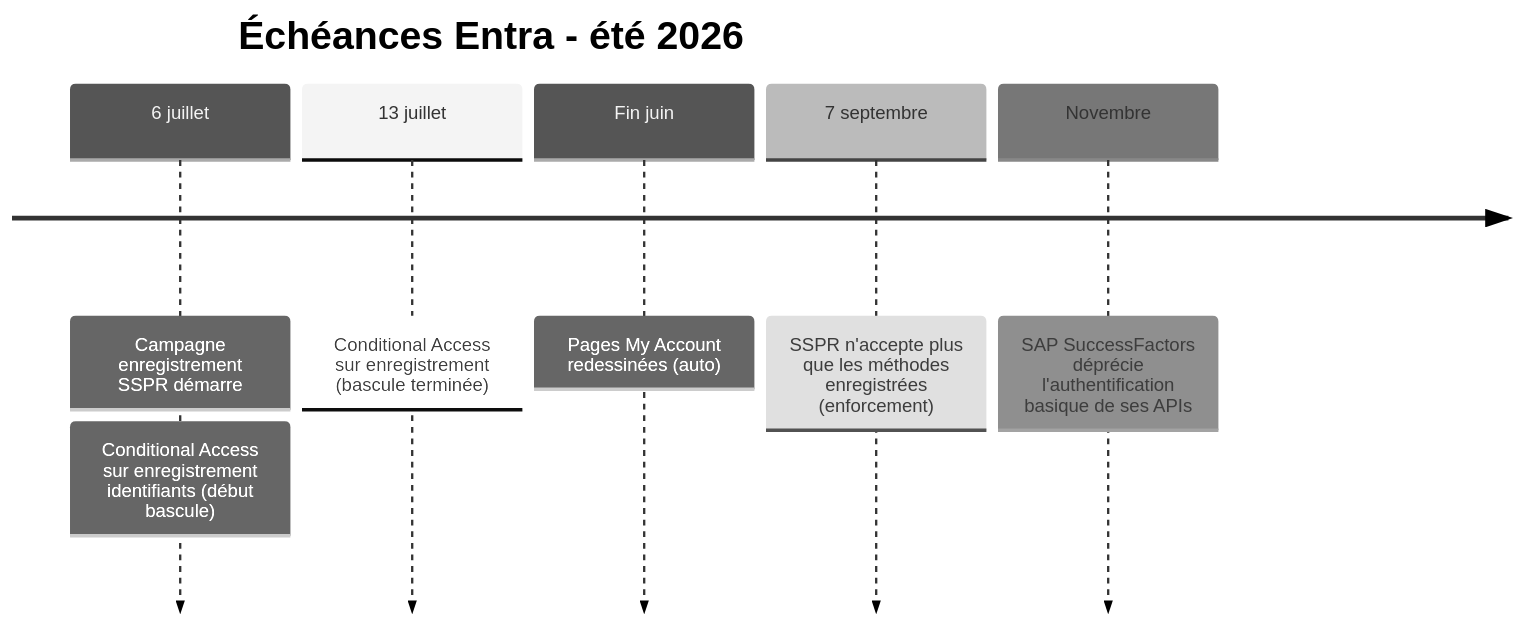
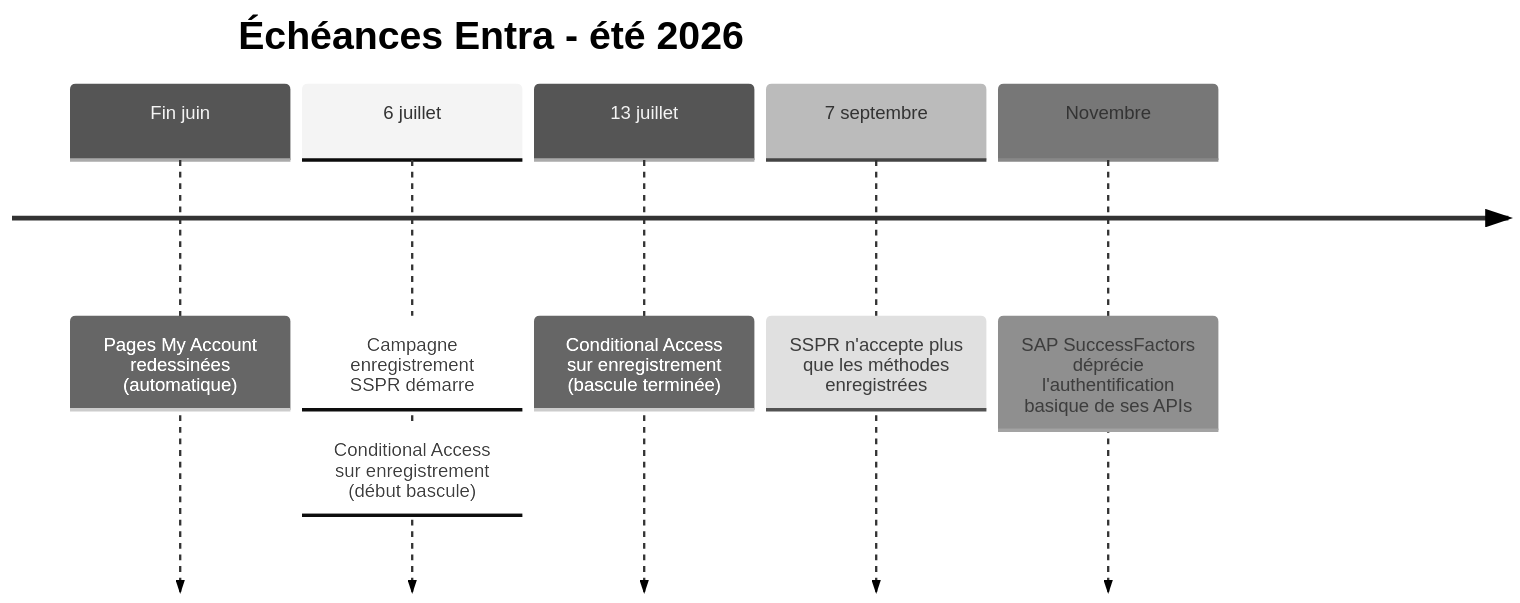
The diagram in _posts/2026/2026-06-08-what-new-entra-juin-2026.md (sebastienmiro/sebastienmiro.github.io), drawn with Mermaid (neutral theme) before and after one commit. The commit also changed other lines of this file and 1 other file, not shown here.

````diff
--- a/_posts/2026/2026-06-08-what-new-entra-juin-2026.md
+++ b/_posts/2026/2026-06-08-what-new-entra-juin-2026.md
@@ -132,10 +167,10 @@
 ```mermaid
 timeline
     title Échéances Entra - été 2026
+    Fin juin : Pages My Account redessinées (automatique)
     6 juillet : Campagne enregistrement SSPR démarre
-              : Conditional Access sur enregistrement identifiants (début bascule)
+              : Conditional Access sur enregistrement (début bascule)
     13 juillet : Conditional Access sur enregistrement (bascule terminée)
-    Fin juin : Pages My Account redessinées (auto)
-    7 septembre : SSPR n'accepte plus que les méthodes enregistrées (enforcement)
+    7 septembre : SSPR n'accepte plus que les méthodes enregistrées
     Novembre : SAP SuccessFactors déprécie l'authentification basique de ses APIs
 ```
````
